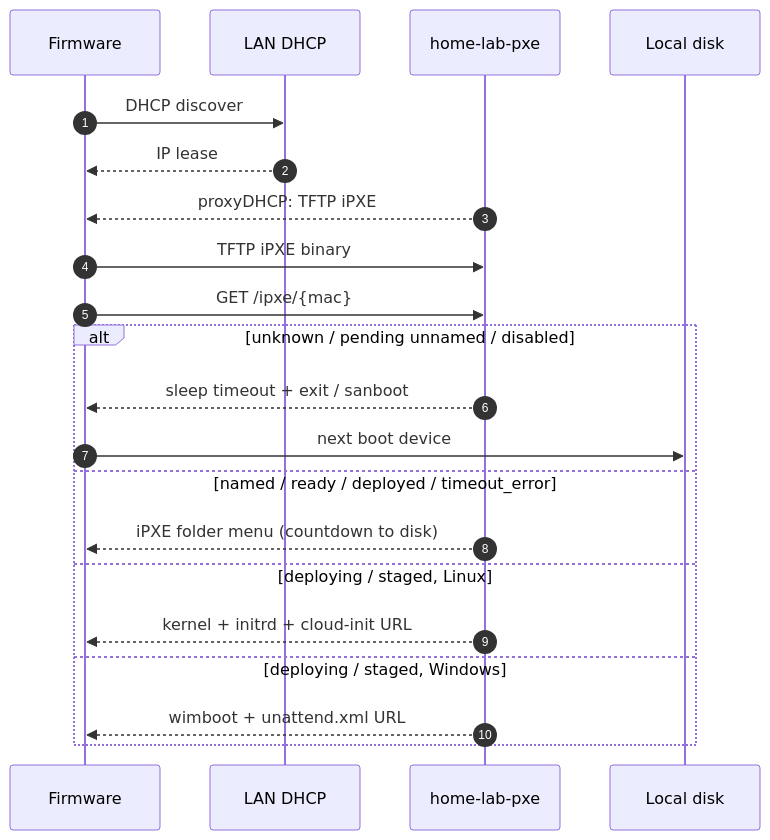
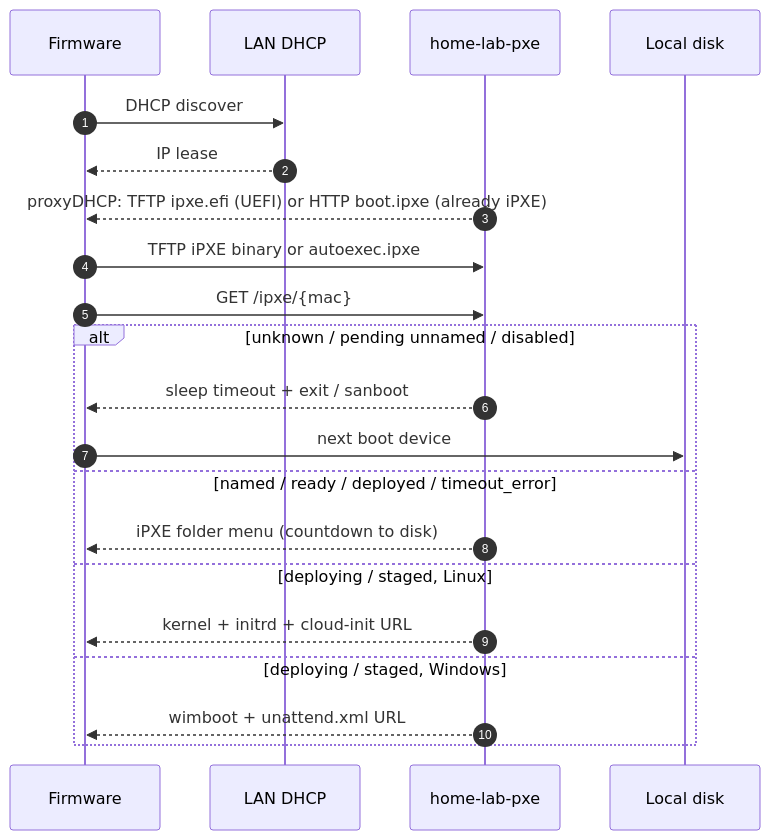
The fifth of 24 diagrams in ARCHITECTURE.md (hometinker12/home-lab-pxe), drawn with Mermaid before and after one commit. The commit also changed other lines of this file and 19 other files, not shown here.

First line of the commit message:
Cut 0.3.4 with iPXE UEFI autoexec handoff and Files stub attention

````diff
--- a/ARCHITECTURE.md
+++ b/ARCHITECTURE.md
@@ -122,24 +122,24 @@
 ```mermaid
 sequenceDiagram
   autonumber
   participant FW as Firmware
   participant DHCP as LAN DHCP
   participant PXE as home-lab-pxe
   participant Disk as Local disk
 
   FW->>DHCP: DHCP discover
   DHCP-->>FW: IP lease
-  PXE-->>FW: proxyDHCP: TFTP iPXE
-  FW->>PXE: TFTP iPXE binary
+  PXE-->>FW: proxyDHCP: TFTP ipxe.efi (UEFI) or HTTP boot.ipxe (already iPXE)
+  FW->>PXE: TFTP iPXE binary or autoexec.ipxe
   FW->>PXE: GET /ipxe/{mac}
   alt unknown / pending unnamed / disabled
     PXE-->>FW: sleep timeout + exit / sanboot
     FW->>Disk: next boot device
   else named / ready / deployed / timeout_error
     PXE-->>FW: iPXE folder menu (countdown to disk)
   else deploying / staged, Linux
     PXE-->>FW: kernel + initrd + cloud-init URL
   else deploying / staged, Windows
     PXE-->>FW: wimboot + unattend.xml URL
   end
 ```
````
